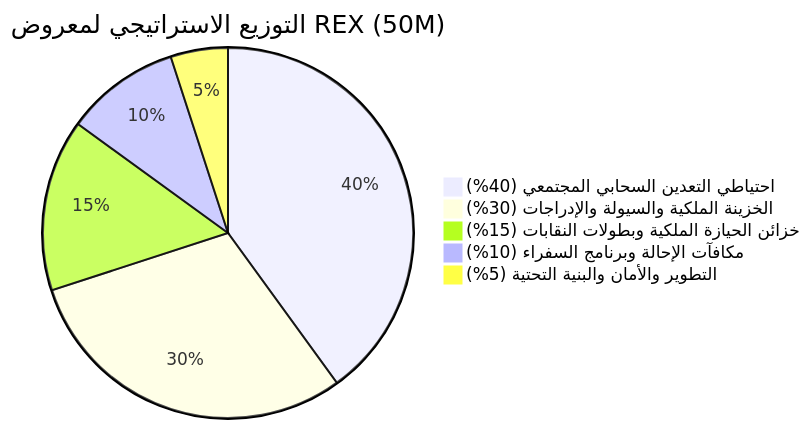
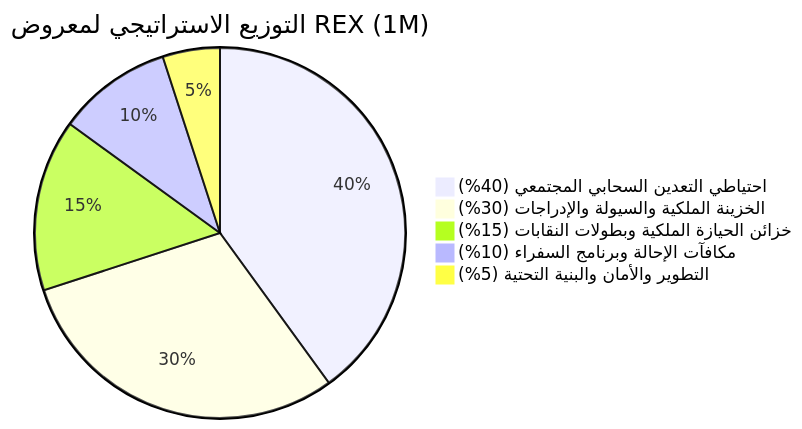
One commit to yhyyw4949-bot/royal-elite-x changed the first of 2 diagrams in ROYAL_ELITE_X_Whitepaper_Official.md. Above: the diagram before and after it, drawn with Mermaid. The commit also changed other lines of this file and 10 other files, not shown here.

````diff
--- a/ROYAL_ELITE_X_Whitepaper_Official.md
+++ b/ROYAL_ELITE_X_Whitepaper_Official.md
@@ -48,8 +48,8 @@
 ```mermaid
-pie title التوزيع الاستراتيجي لمعروض REX (50M)
-    "احتياطي التعدين السحابي المجتمعي (40%)" : 20000000
-    "الخزينة الملكية والسيولة والإدراجات (30%)" : 15000000
-    "خزائن الحيازة الملكية وبطولات النقابات (15%)" : 7500000
-    "مكافآت الإحالة وبرنامج السفراء (10%)" : 5000000
-    "التطوير والأمان والبنية التحتية (5%)" : 2500000
+pie title التوزيع الاستراتيجي لمعروض REX (1M)
+    "احتياطي التعدين السحابي المجتمعي (40%)" : 400000
+    "الخزينة الملكية والسيولة والإدراجات (30%)" : 300000
+    "خزائن الحيازة الملكية وبطولات النقابات (15%)" : 150000
+    "مكافآت الإحالة وبرنامج السفراء (10%)" : 100000
+    "التطوير والأمان والبنية التحتية (5%)" : 50000
 ```
````
